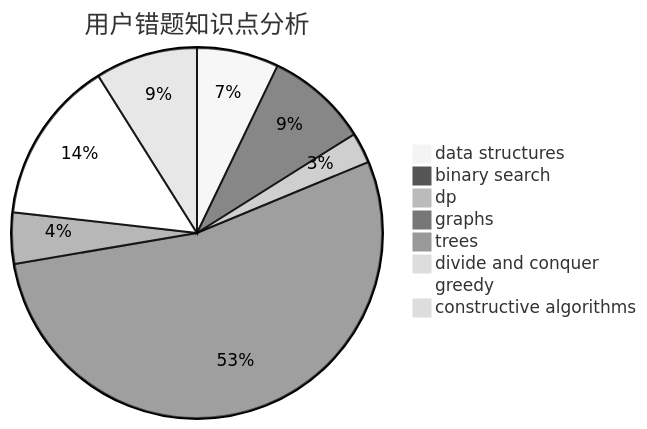
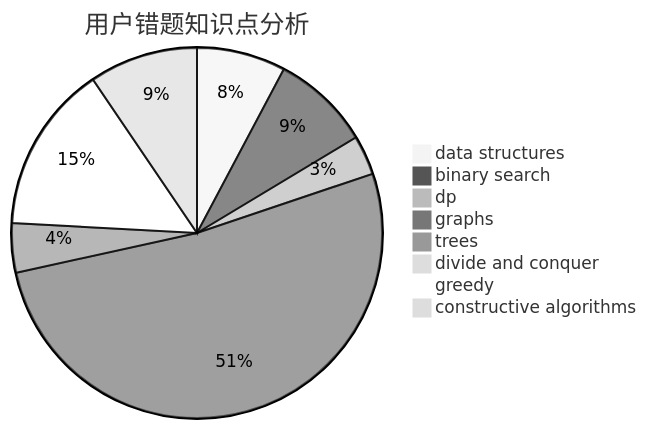
One commit to sherpahu/cfrs.github.io changed the third of 3 diagrams in docs/user/u633.md. Above: the diagram before and after it, drawn with Mermaid (neutral theme). The commit also changed other lines of this file and 2770 other files, not shown here.

````diff
--- a/docs/user/u633.md
+++ b/docs/user/u633.md
@@ -36,11 +36,11 @@
 ```mermaid
 pie title 用户错题知识点分析
-    "data structures" :  8
+    "data structures" :  9
     "binary search" :  10
-    "dp" :  3
+    "dp" :  4
     "graphs" :  60
     "trees" :  5
     "divide and conquer" :  1
-    "greedy" :  16
-    "constructive algorithms" :  10
+    "greedy" :  17
+    "constructive algorithms" :  11
 ```
````
